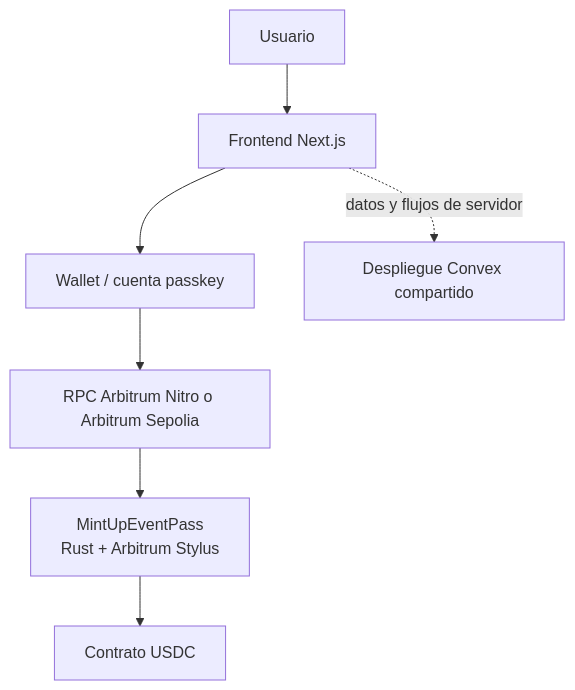
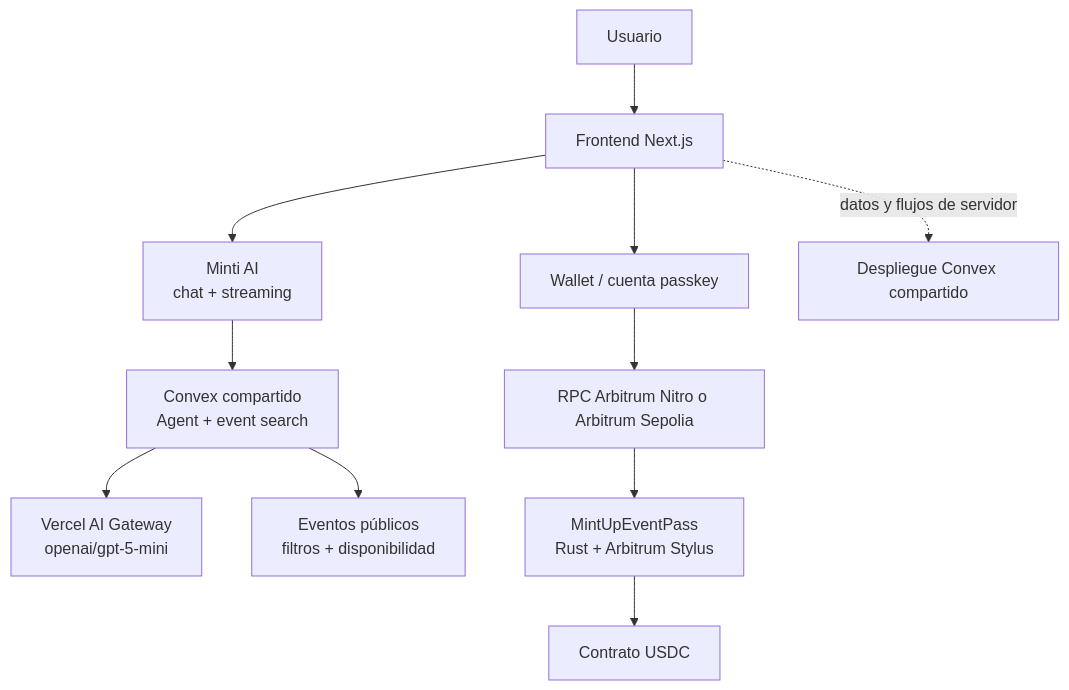
One commit to mavix21/mint-up-ethlimahack changed the diagram in readme.md. Above: the diagram before and after it, drawn with Mermaid. The commit also changed other lines of this file, not shown here.

Commit message:
feat: update readme with Minti

````diff
--- a/readme.md
+++ b/readme.md
@@ -155,9 +156,13 @@
 ```mermaid
 flowchart TD
   User[Usuario] --> Frontend[Frontend Next.js]
+  Frontend --> Minti[Minti AI<br/>chat + streaming]
+  Minti --> ConvexAI[Convex compartido<br/>Agent + event search]
+  ConvexAI --> LLM[Vercel AI Gateway<br/>openai/gpt-5-mini]
+  ConvexAI --> EventData[Eventos públicos<br/>filtros + disponibilidad]
   Frontend --> Wallet[Wallet / cuenta passkey]
   Wallet --> RPC[RPC Arbitrum Nitro o Arbitrum Sepolia]
   RPC --> Stylus[MintUpEventPass<br/>Rust + Arbitrum Stylus]
   Stylus --> USDC[Contrato USDC]
   Frontend -. datos y flujos de servidor .-> Convex[Despliegue Convex compartido]
 ```
````
